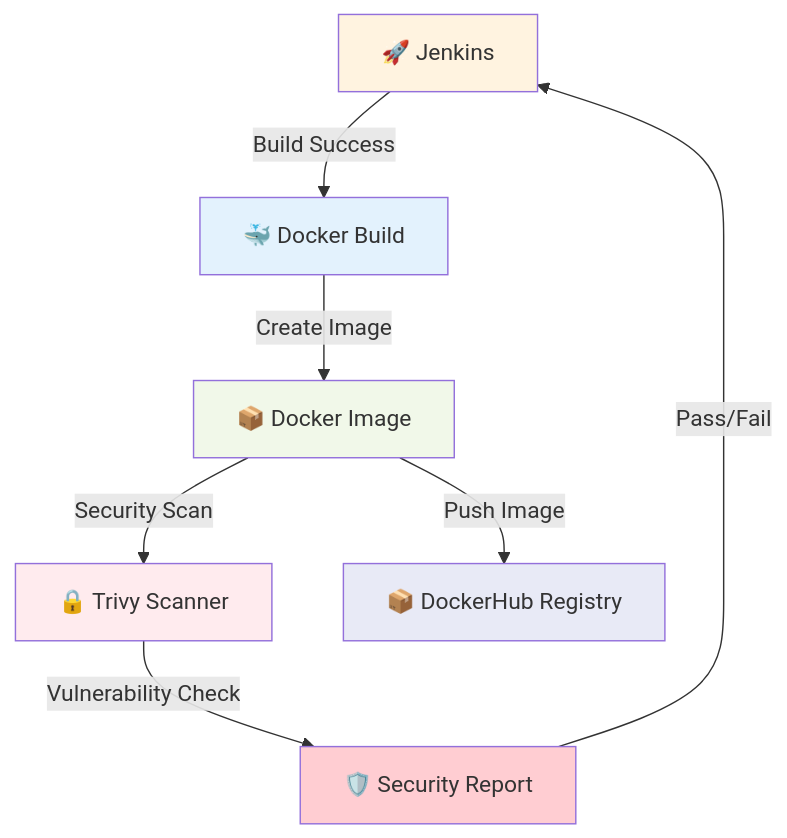
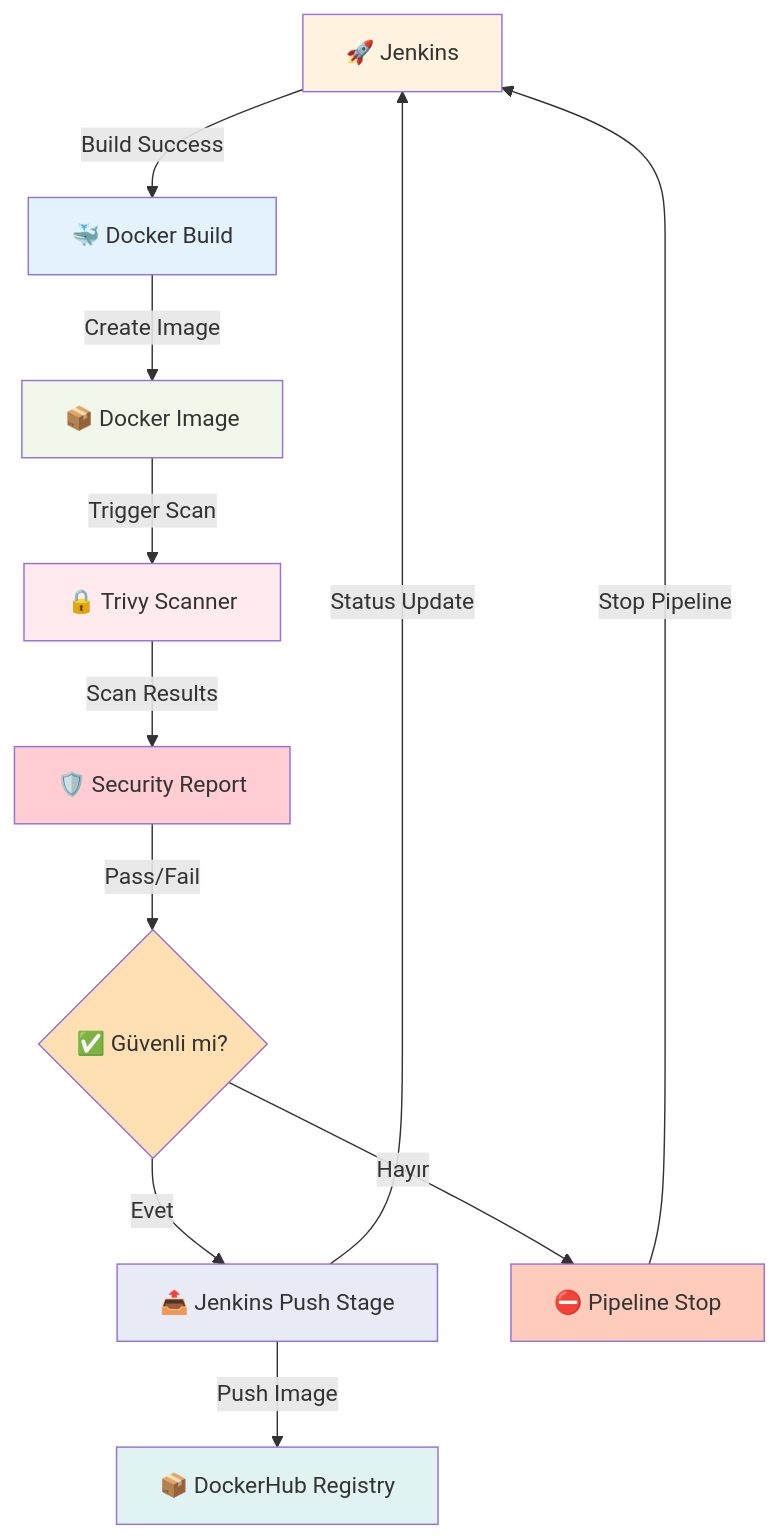
The fourth of 7 diagrams in README.md (onurglr/aws-pipeline), drawn with Mermaid before and after one commit. The commit also changed other lines of this file, not shown here.

````diff
--- a/README.md
+++ b/README.md
@@ -172,16 +172,23 @@
 ```mermaid
 graph TB
     JM[🚀 Jenkins] -->|Build Success| D[🐳 Docker Build]
     D -->|Create Image| IMG[📦 Docker Image]
-    IMG -->|Security Scan| T[🔒 Trivy Scanner]
-    T -->|Vulnerability Check| SEC[🛡️ Security Report]
-    SEC -->|Pass/Fail| JM
-    IMG -->|Push Image| DH[📦 DockerHub Registry]
-    
+    IMG -->|Trigger Scan| T[🔒 Trivy Scanner]
+    T -->|Scan Results| SEC[🛡️ Security Report]
+    SEC -->|Pass/Fail| DEC{✅ Güvenli mi?}
+    DEC -->|Evet| PUSH[📤 Jenkins Push Stage]
+    DEC -->|Hayır| FAIL[⛔ Pipeline Stop]
+    PUSH -->|Push Image| DH[📦 DockerHub Registry]
+    PUSH -->|Status Update| JM
+    FAIL -->|Stop Pipeline| JM
+
     style JM fill:#fff3e0
     style D fill:#e3f2fd
     style IMG fill:#f1f8e9
     style T fill:#ffebee
     style SEC fill:#ffcdd2
-    style DH fill:#e8eaf6
+    style DEC fill:#ffe0b2
+    style PUSH fill:#e8eaf6
+    style FAIL fill:#ffccbc
+    style DH fill:#e0f2f1
 ```
````
